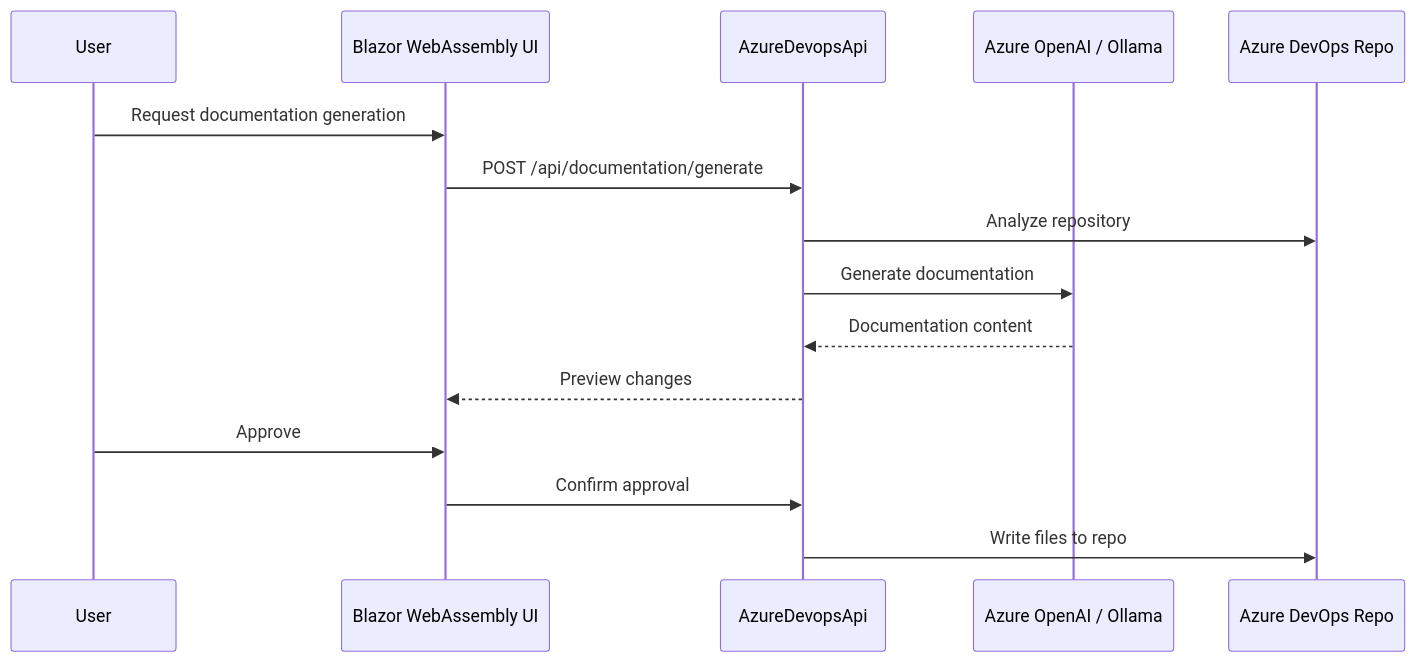
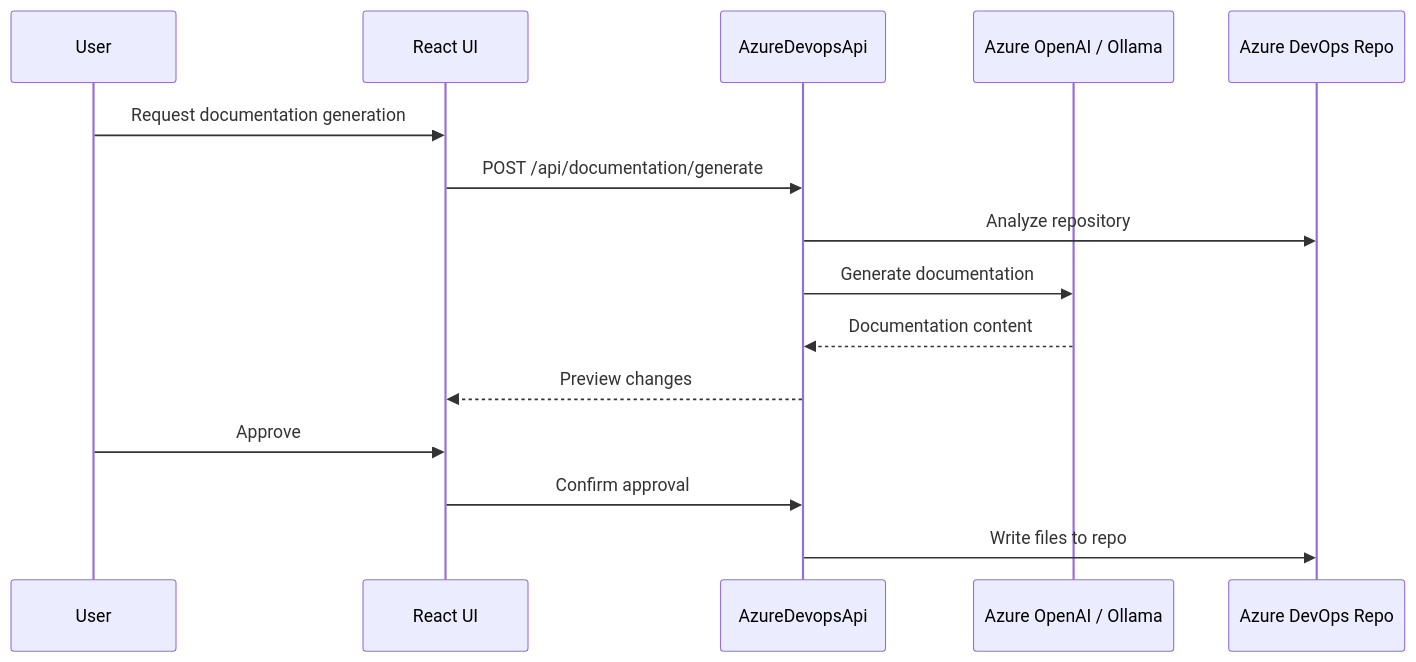
Before and after one commit to tomblanchard312/AzureDevopsApi: the fourth of 4 diagrams in ARCHITECTURE.md, drawn with Mermaid. The commit also changed other lines of this file and 47 other files, not shown here.

````diff
--- a/ARCHITECTURE.md
+++ b/ARCHITECTURE.md
@@ -129,18 +129,18 @@
 ```mermaid
 sequenceDiagram
   participant U as User
-  participant UI as Blazor WebAssembly UI
+  participant UI as React UI
   participant API as AzureDevopsApi
   participant AI as Azure OpenAI / Ollama
   participant Repo as Azure DevOps Repo
 
   U->>UI: Request documentation generation
   UI->>API: POST /api/documentation/generate
   API->>Repo: Analyze repository
   API->>AI: Generate documentation
   AI-->>API: Documentation content
   API-->>UI: Preview changes
   U->>UI: Approve
   UI->>API: Confirm approval
   API->>Repo: Write files to repo
 ```
````
